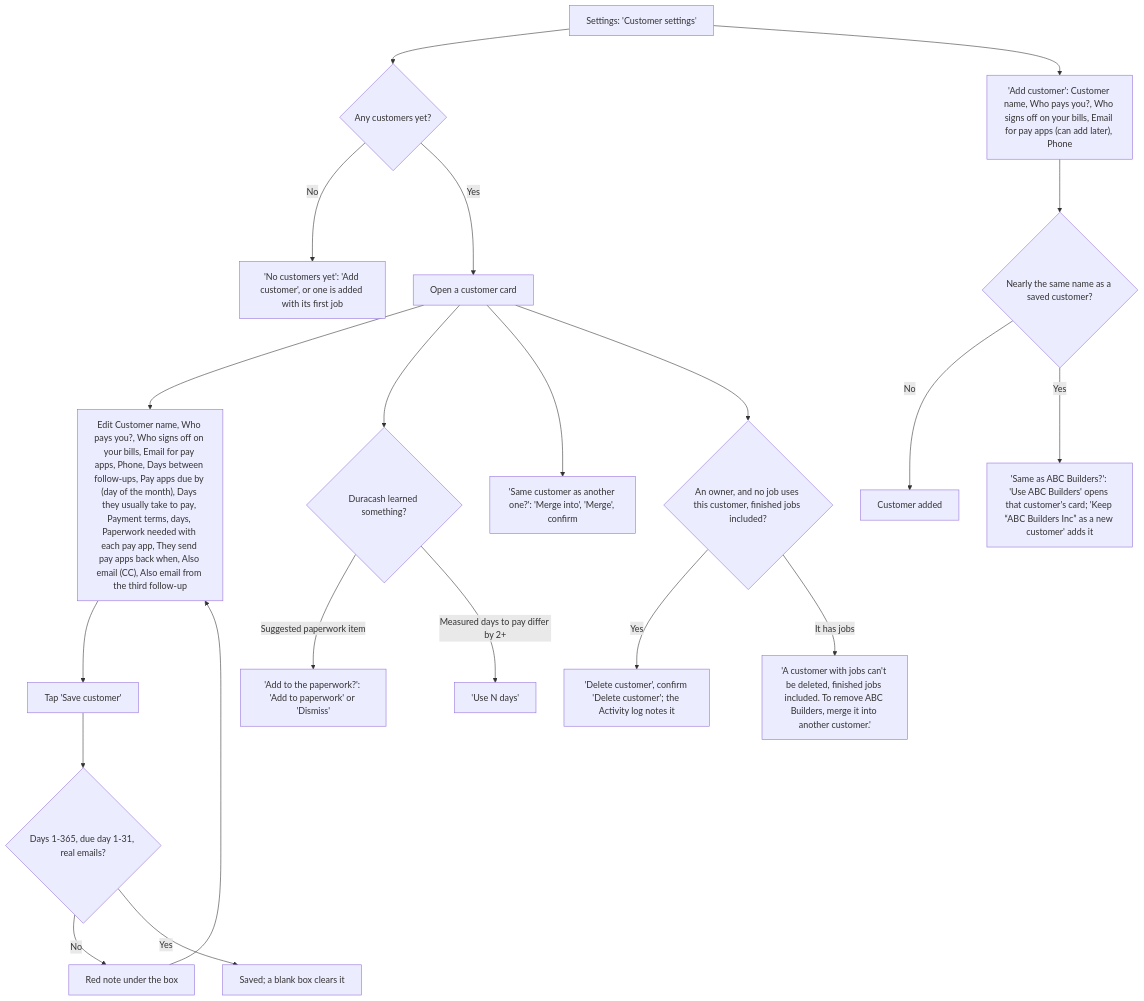
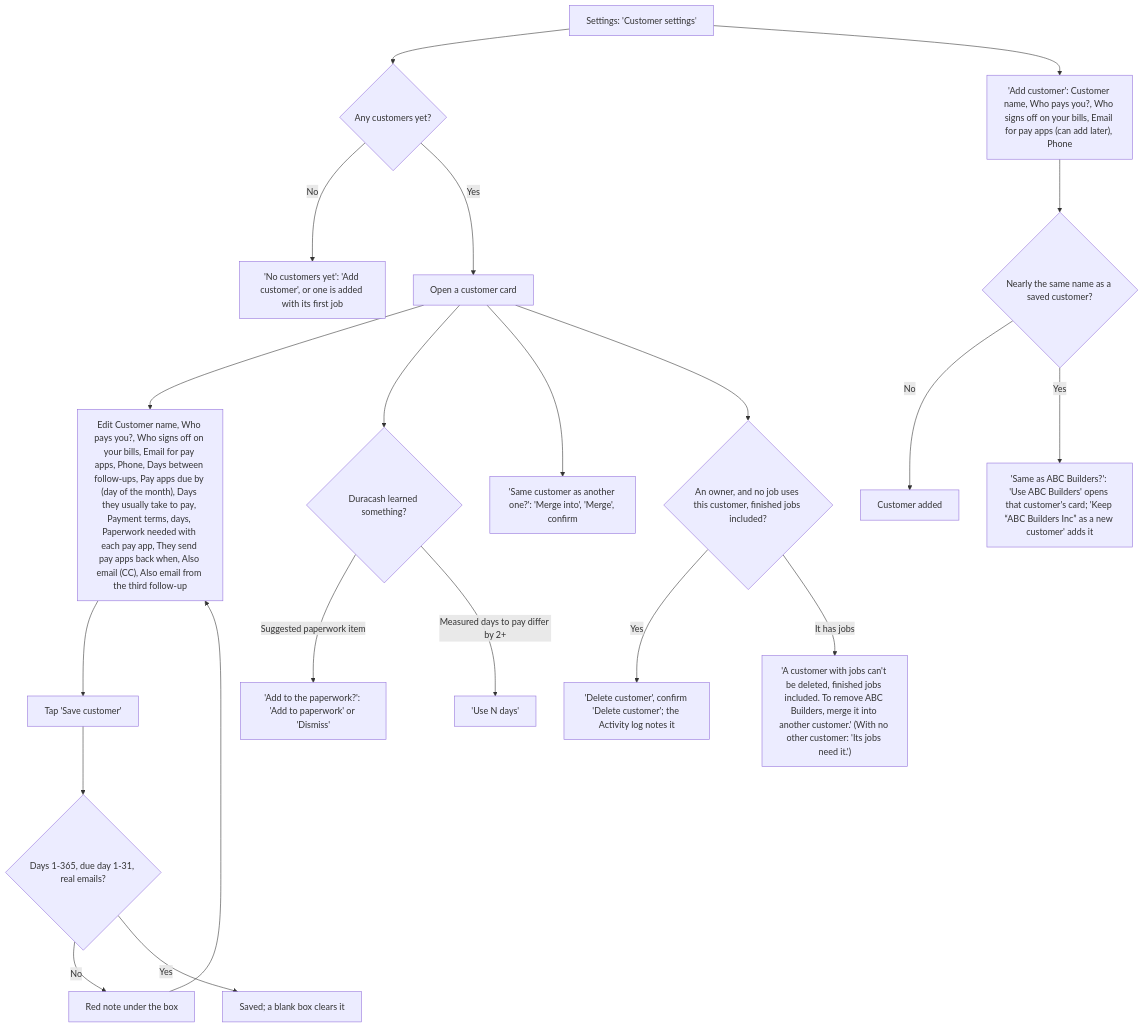
Before and after one commit to cartwrightstephen/billdable: diagram 15 of 15 in docs/client-flows.md, drawn with Mermaid. The commit also changed other lines of this file and 6 other files, not shown here.

First line of the commit message:
Customer cards count every job, and Delete customer only points at Merge when it is there

````diff
--- a/docs/client-flows.md
+++ b/docs/client-flows.md
@@ -531,23 +531,23 @@
 ```mermaid
 flowchart TD
     A["Settings: 'Customer settings'"] --> B{"Any customers yet?"}
     B -->|"No"| C["'No customers yet': 'Add customer', or one is added with its first job"]
     B -->|"Yes"| D["Open a customer card"]
     A --> AC["'Add customer': Customer name, Who pays you?, Who signs off on your bills, Email for pay apps (can add later), Phone"]
     AC --> AN{"Nearly the same name as a saved customer?"}
     AN -->|"No"| AD["Customer added"]
     AN -->|"Yes"| AQ["'Same as ABC Builders?': 'Use ABC Builders' opens that customer's card; 'Keep “ABC Builders Inc” as a new customer' adds it"]
     D --> E["Edit Customer name, Who pays you?, Who signs off on your bills, Email for pay apps, Phone, Days between follow-ups, Pay apps due by (day of the month), Days they usually take to pay, Payment terms, days, Paperwork needed with each pay app, They send pay apps back when, Also email (CC), Also email from the third follow-up"]
     E --> F["Tap 'Save customer'"]
     F --> G{"Days 1-365, due day 1-31, real emails?"}
     G -->|"No"| H["Red note under the box"]
     H --> E
     G -->|"Yes"| I["Saved; a blank box clears it"]
     D --> J{"Duracash learned something?"}
     J -->|"Suggested paperwork item"| K["'Add to the paperwork?': 'Add to paperwork' or 'Dismiss'"]
     J -->|"Measured days to pay differ by 2+"| L["'Use N days'"]
     D --> MG["'Same customer as another one?': 'Merge into', 'Merge', confirm"]
     D --> DL{"An owner, and no job uses this customer, finished jobs included?"}
     DL -->|"Yes"| DY["'Delete customer', confirm 'Delete customer'; the Activity log notes it"]
-    DL -->|"It has jobs"| DN["'A customer with jobs can't be deleted, finished jobs included. To remove ABC Builders, merge it into another customer.'"]
+    DL -->|"It has jobs"| DN["'A customer with jobs can't be deleted, finished jobs included. To remove ABC Builders, merge it into another customer.' (With no other customer: 'Its jobs need it.')"]
 ```
````
